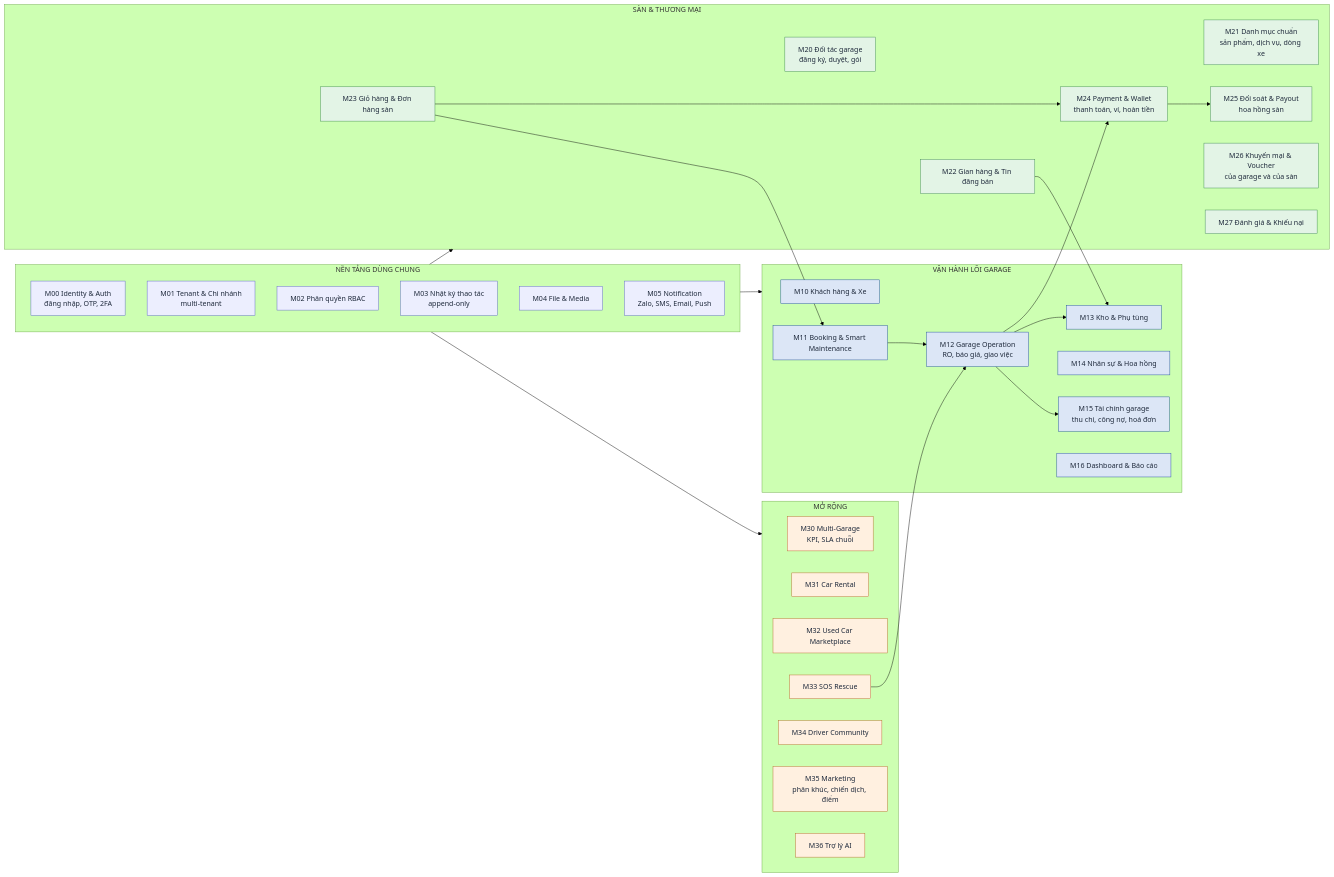
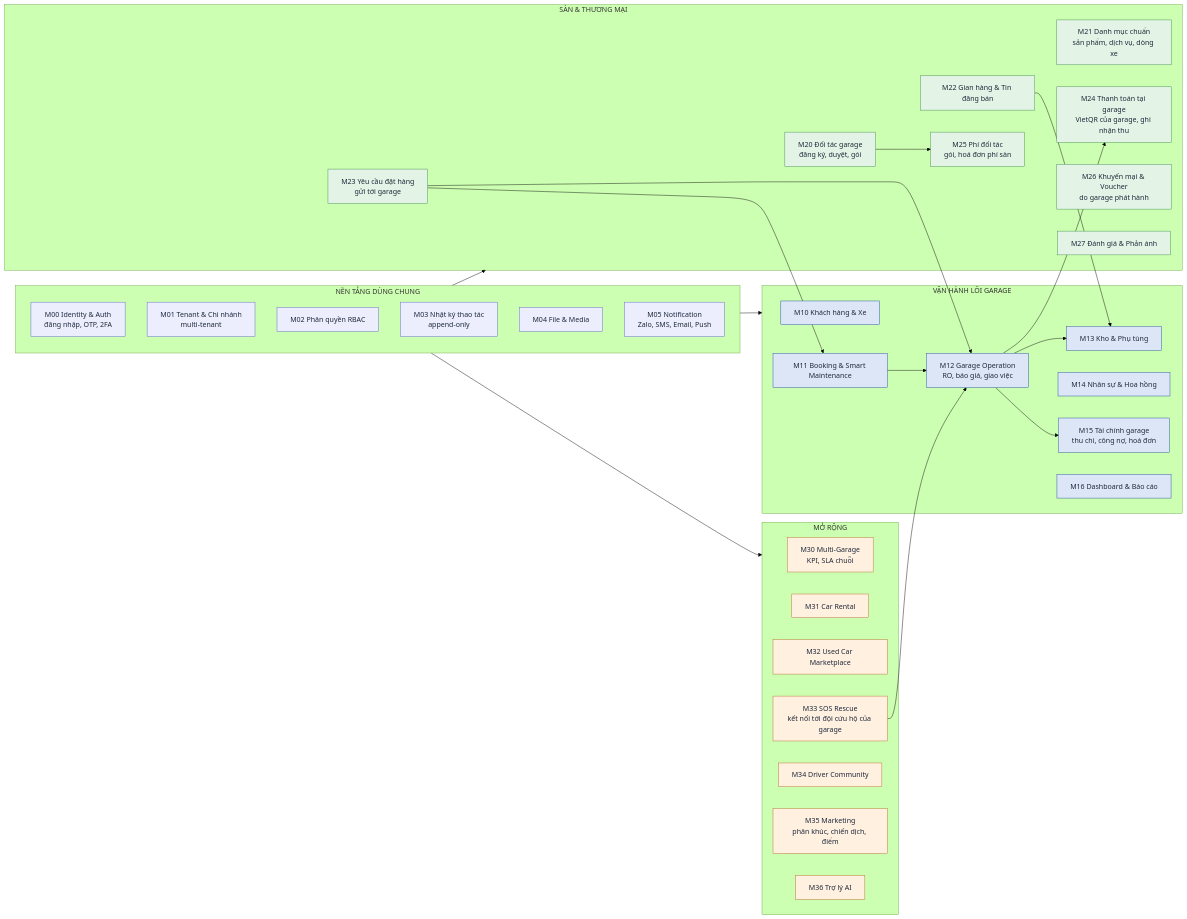
One commit to south93/cardiy-crm changed the third of 3 diagrams in docs/01-tong-quan-he-thong.md. Above: the diagram before and after it, drawn with Mermaid (forest theme). The commit also changed other lines of this file and 9 other files, not shown here.

First line of the commit message:
Cập nhật đặc tả: sàn chỉ là trung gian, cứu hộ là dịch vụ của garage; thêm lộ trình

````diff
--- a/docs/01-tong-quan-he-thong.md
+++ b/docs/01-tong-quan-he-thong.md
@@ -90,55 +92,56 @@
 ```mermaid
 flowchart LR
   classDef base fill:#eceefe,stroke:#5b63c7,color:#1e293b
   classDef core fill:#dce6f6,stroke:#1f4e9c,color:#1e293b
   classDef mkt fill:#e3f4e6,stroke:#3e8a4f,color:#1e293b
   classDef ext fill:#fff0e0,stroke:#b8692a,color:#1e293b
 
   subgraph NEN["NỀN TẢNG DÙNG CHUNG"]
     M0a["M00 Identity & Auth<br/>đăng nhập, OTP, 2FA"]:::base
     M0b["M01 Tenant & Chi nhánh<br/>multi-tenant"]:::base
     M0c["M02 Phân quyền RBAC"]:::base
     M0d["M03 Nhật ký thao tác<br/>append-only"]:::base
     M0e["M04 File & Media"]:::base
     M0f["M05 Notification<br/>Zalo, SMS, Email, Push"]:::base
   end
 
   subgraph LOI["VẬN HÀNH LÕI GARAGE"]
     M10["M10 Khách hàng & Xe"]:::core
     M11["M11 Booking & Smart Maintenance"]:::core
     M12["M12 Garage Operation<br/>RO, báo giá, giao việc"]:::core
     M13["M13 Kho & Phụ tùng"]:::core
     M14["M14 Nhân sự & Hoa hồng"]:::core
     M15["M15 Tài chính garage<br/>thu chi, công nợ, hoá đơn"]:::core
     M16["M16 Dashboard & Báo cáo"]:::core
   end
 
   subgraph SAN["SÀN & THƯƠNG MẠI"]
     M20["M20 Đối tác garage<br/>đăng ký, duyệt, gói"]:::mkt
     M21["M21 Danh mục chuẩn<br/>sản phẩm, dịch vụ, dòng xe"]:::mkt
     M22["M22 Gian hàng & Tin đăng bán"]:::mkt
-    M23["M23 Giỏ hàng & Đơn hàng sàn"]:::mkt
-    M24["M24 Payment & Wallet<br/>thanh toán, ví, hoàn tiền"]:::mkt
-    M25["M25 Đối soát & Payout<br/>hoa hồng sàn"]:::mkt
-    M26["M26 Khuyến mại & Voucher<br/>của garage và của sàn"]:::mkt
-    M27["M27 Đánh giá & Khiếu nại"]:::mkt
+    M23["M23 Yêu cầu đặt hàng<br/>gửi tới garage"]:::mkt
+    M24["M24 Thanh toán tại garage<br/>VietQR của garage, ghi nhận thu"]:::mkt
+    M25["M25 Phí đối tác<br/>gói, hoá đơn phí sàn"]:::mkt
+    M26["M26 Khuyến mại & Voucher<br/>do garage phát hành"]:::mkt
+    M27["M27 Đánh giá & Phản ánh"]:::mkt
   end
 
   subgraph MR["MỞ RỘNG"]
     M30["M30 Multi-Garage<br/>KPI, SLA chuỗi"]:::ext
     M31["M31 Car Rental"]:::ext
     M32["M32 Used Car Marketplace"]:::ext
-    M33["M33 SOS Rescue"]:::ext
+    M33["M33 SOS Rescue<br/>kết nối tới đội cứu hộ của garage"]:::ext
     M34["M34 Driver Community"]:::ext
     M35["M35 Marketing<br/>phân khúc, chiến dịch, điểm"]:::ext
     M36["M36 Trợ lý AI"]:::ext
   end
 
   NEN --> LOI & SAN & MR
   M12 --> M13 & M15 & M24
   M11 --> M12
-  M23 --> M24 --> M25
+  M23 --> M12
+  M20 --> M25
   M22 --> M13
   M23 --> M11
   M33 --> M12
 ```
````
